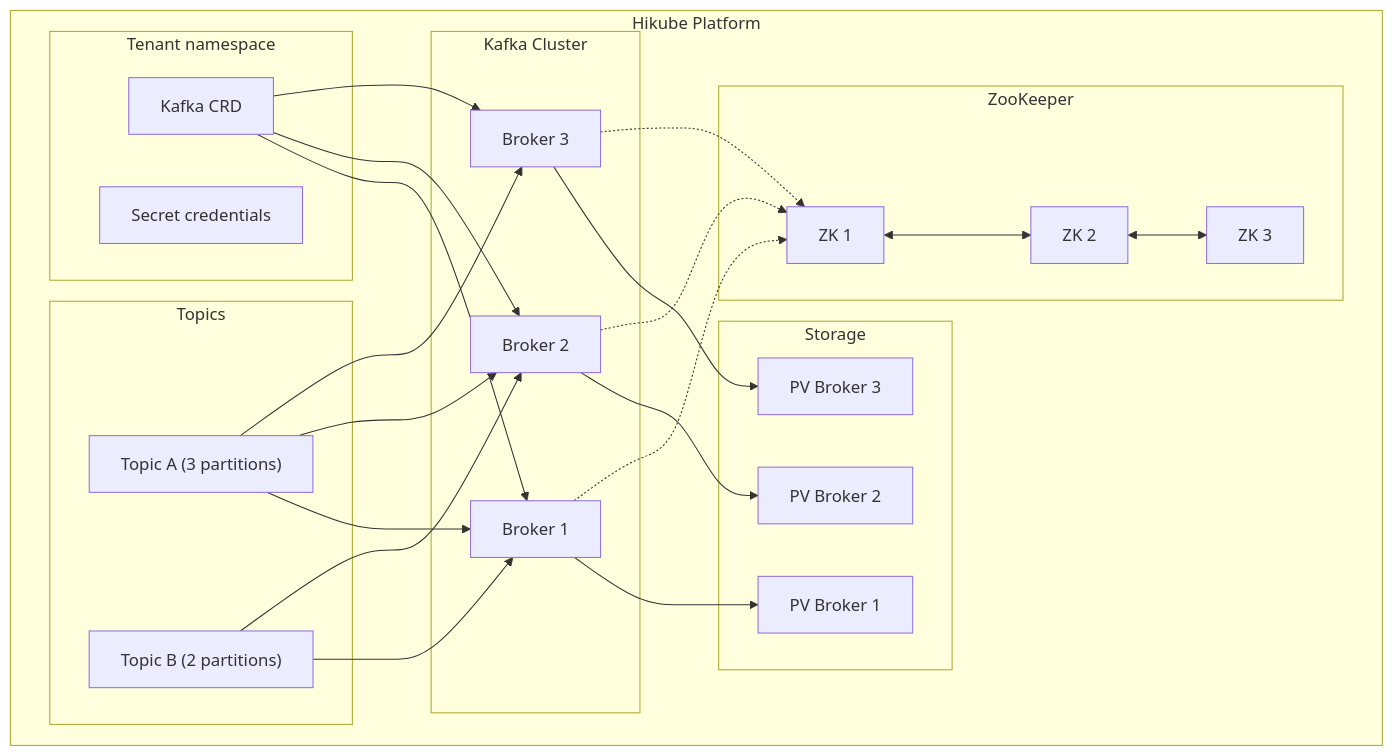
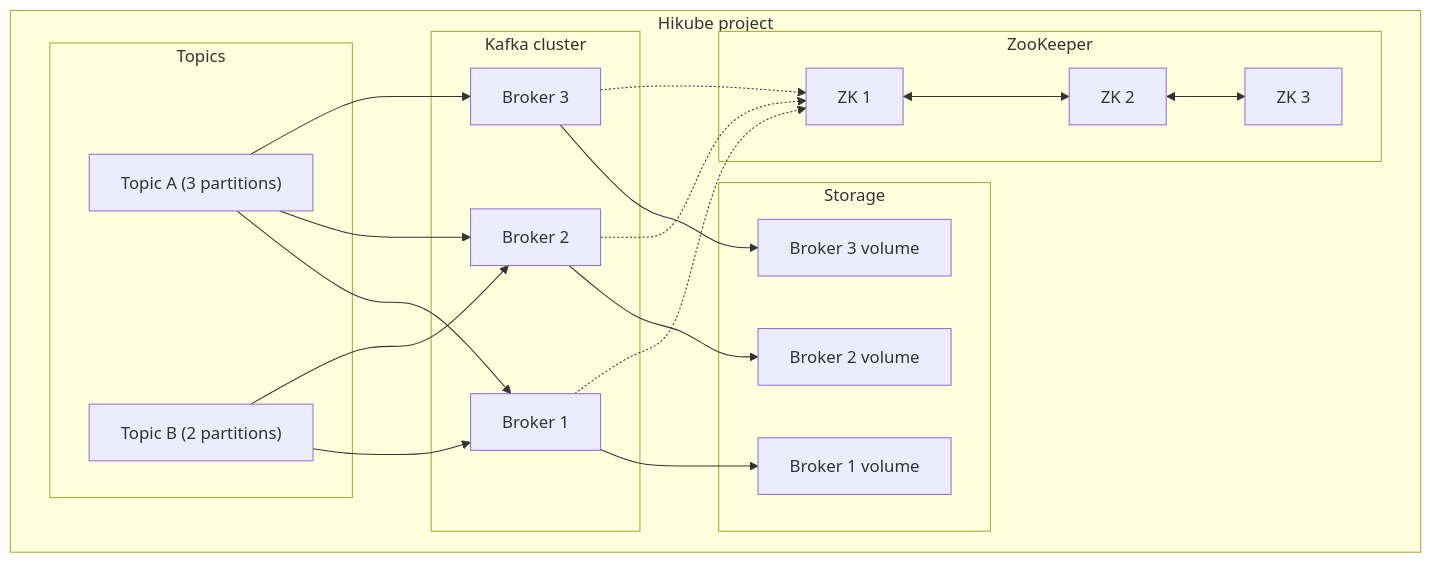
Before and after one commit to HidoraSwiss/hikube-public-doc: the first of 2 diagrams in i18n/en/docusaurus-plugin-content-docs/current/services/messaging/kafka/concepts.md, drawn with Mermaid. The commit also changed other lines of this file and 148 other files, not shown here.

````diff
--- a/i18n/en/docusaurus-plugin-content-docs/current/services/messaging/kafka/concepts.md
+++ b/i18n/en/docusaurus-plugin-content-docs/current/services/messaging/kafka/concepts.md
@@ -12,49 +17,41 @@
 ```mermaid
 graph TB
-    subgraph "Hikube Platform"
-        subgraph "Tenant namespace"
-            CR[Kafka CRD]
-            SEC[Secret credentials]
-        end
-
-        subgraph "Kafka Cluster"
+    subgraph "Hikube project"
+        subgraph "Kafka cluster"
             B1[Broker 1]
             B2[Broker 2]
             B3[Broker 3]
         end
 
         subgraph "ZooKeeper"
             Z1[ZK 1]
             Z2[ZK 2]
             Z3[ZK 3]
         end
 
         subgraph "Topics"
             T1["Topic A (3 partitions)"]
             T2["Topic B (2 partitions)"]
         end
 
         subgraph "Storage"
-            PV1[PV Broker 1]
-            PV2[PV Broker 2]
-            PV3[PV Broker 3]
+            PV1[Broker 1 volume]
+            PV2[Broker 2 volume]
+            PV3[Broker 3 volume]
         end
     end
 
-    CR --> B1
-    CR --> B2
-    CR --> B3
     B1 --> PV1
     B2 --> PV2
     B3 --> PV3
     Z1 <--> Z2
     Z2 <--> Z3
     B1 -.-> Z1
     B2 -.-> Z1
     B3 -.-> Z1
     T1 --> B1
     T1 --> B2
     T1 --> B3
     T2 --> B1
     T2 --> B2
 ```
````
